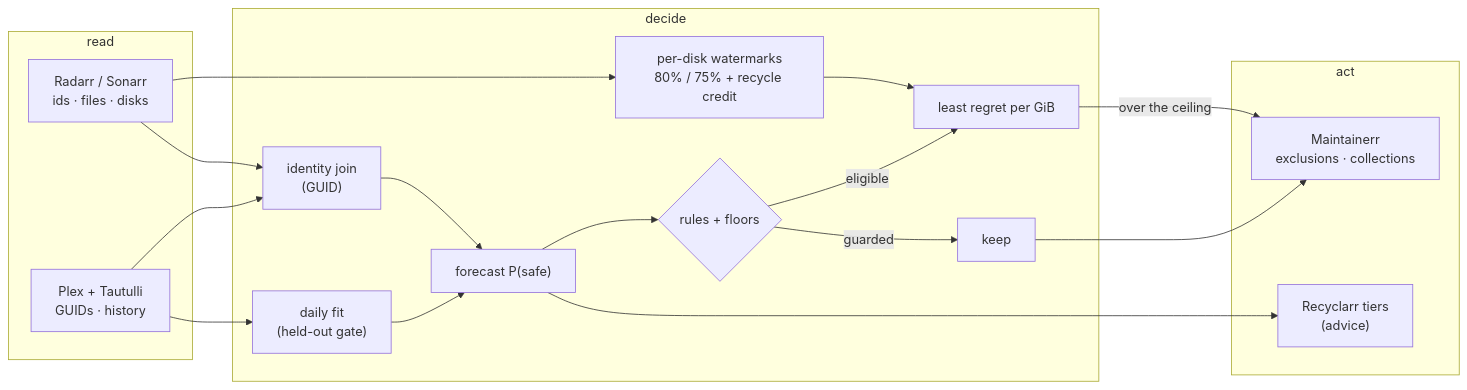
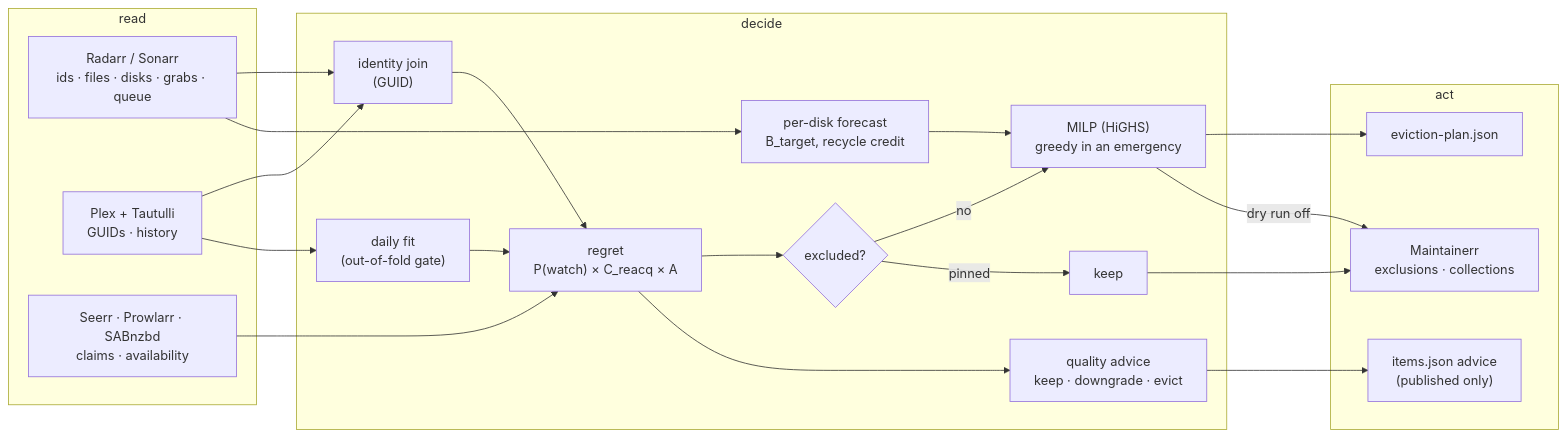
Before and after one commit to tobhoster/flinch: the diagram in docs/how-it-works.md, drawn with Mermaid. The commit also changed other lines of this file and 131 other files, not shown here.

First line of the commit message:
Forecast each disk and plan the least-regret evictions with a MILP

````diff
--- a/docs/how-it-works.md
+++ b/docs/how-it-works.md
@@ -438,26 +421,31 @@
 ```mermaid
 flowchart LR
     subgraph IN["read"]
-        ARR["Radarr / Sonarr<br/>ids · files · disks"]
+        ARR["Radarr / Sonarr<br/>ids · files · disks · grabs · queue"]
         PX["Plex + Tautulli<br/>GUIDs · history"]
+        EXT["Seerr · Prowlarr · SABnzbd<br/>claims · availability"]
     end
     subgraph DECIDE["decide"]
-        ID["identity join<br/>(GUID)"] --> SC["forecast P(safe)"]
-        FIT["daily fit<br/>(held-out gate)"] --> SC
-        SC --> POL{"rules + floors"}
-        CAP["per-disk watermarks<br/>80% / 75% + recycle credit"] --> PLAN
-        POL -->|eligible| PLAN["least regret per GiB"]
-        POL -->|guarded| KEEP["keep"]
+        ID["identity join<br/>(GUID)"] --> REG["regret<br/>P(watch) × C_reacq × A"]
+        REG --> EXC{"excluded?"}
+        EXC -->|no| PLAN["MILP (HiGHS)<br/>greedy in an emergency"]
+        EXC -->|pinned| KEEP["keep"]
+        CAP["per-disk forecast<br/>B_target, recycle credit"] --> PLAN
+        FIT["daily fit<br/>(out-of-fold gate)"] --> REG
+        REG --> QA["quality advice<br/>keep · downgrade · evict"]
     end
     subgraph OUT["act"]
+        EP["eviction-plan.json"]
         MX["Maintainerr<br/>exclusions · collections"]
-        RC["Recyclarr tiers<br/>(advice)"]
+        QA_OUT["items.json advice<br/>(published only)"]
     end
     ARR --> ID
     PX --> ID
     PX --> FIT
+    EXT --> REG
     ARR --> CAP
-    PLAN -->|over the ceiling| MX
+    PLAN --> EP
+    PLAN -->|dry run off| MX
     KEEP --> MX
-    SC --> RC
+    QA --> QA_OUT
 ```
````
